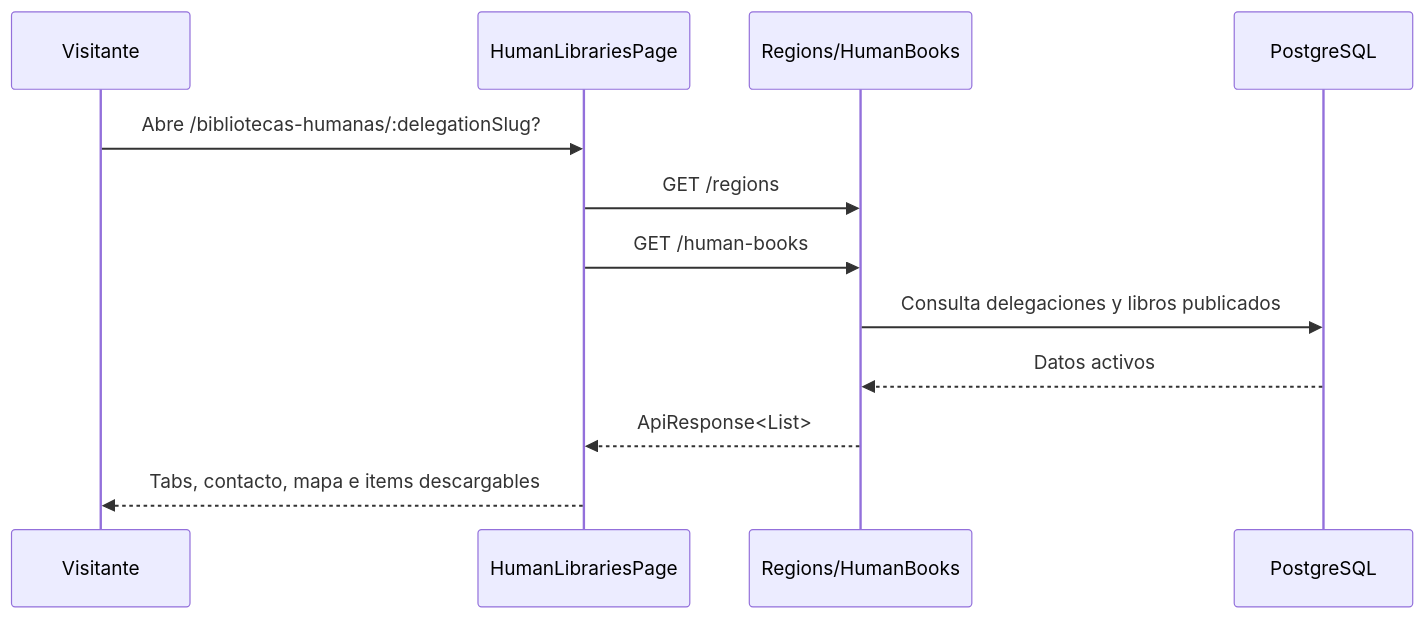
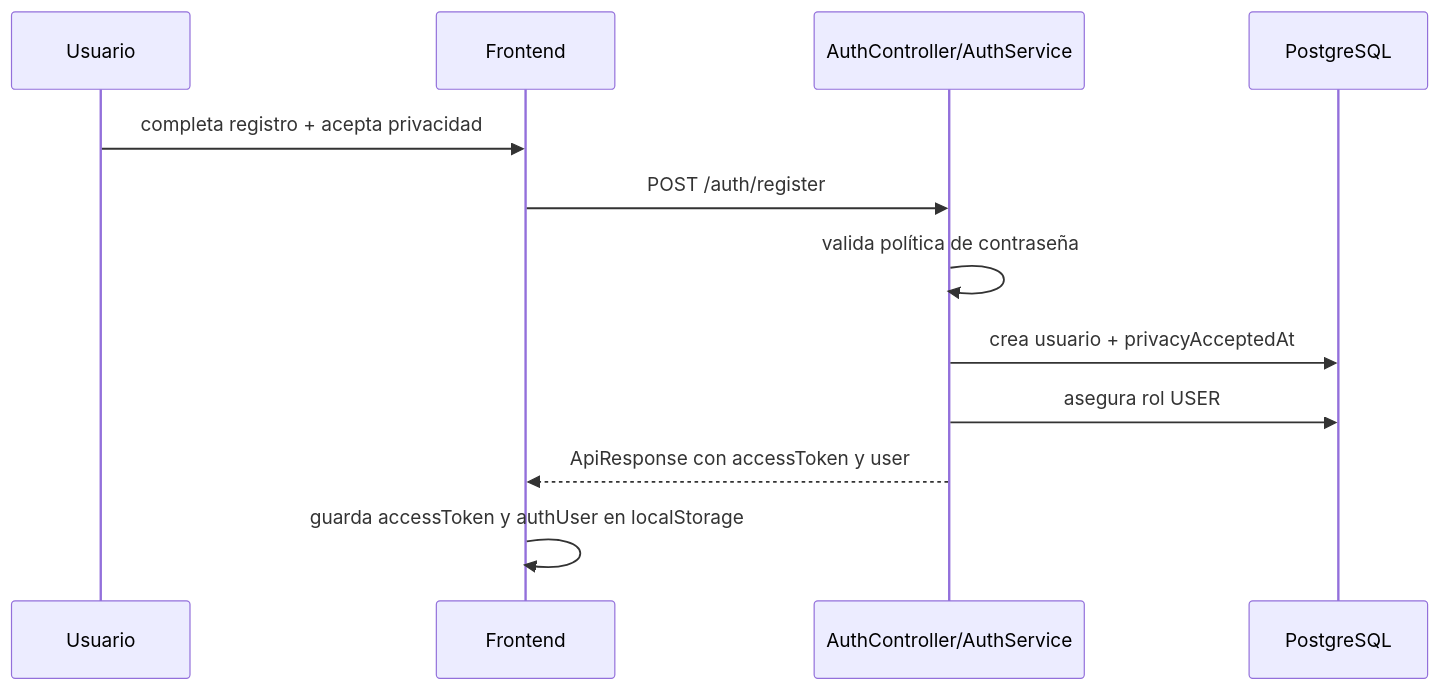
The second of 4 diagrams in docs/02-architecture/02.4-runtime-flows.md (RoockDev/proyecto-proclade), drawn with Mermaid before and after one commit. The commit also changed other lines of this file and 42 other files, not shown here.

````diff
--- a/docs/02-architecture/02.4-runtime-flows.md
+++ b/docs/02-architecture/02.4-runtime-flows.md
@@ -43,15 +26,15 @@
 ```mermaid
 sequenceDiagram
-  participant V as Visitante
-  participant FE as HumanLibrariesPage
-  participant API as Regions/HumanBooks
+  participant U as Usuario
+  participant FE as Frontend
+  participant API as AuthController/AuthService
   participant DB as PostgreSQL
 
-  V->>FE: Abre /bibliotecas-humanas/:delegationSlug?
-  FE->>API: GET /regions
-  FE->>API: GET /human-books
-  API->>DB: Consulta delegaciones y libros publicados
-  DB-->>API: Datos activos
-  API-->>FE: ApiResponse<List>
-  FE-->>V: Tabs, contacto, mapa e items descargables
+  U->>FE: completa registro + acepta privacidad
+  FE->>API: POST /auth/register
+  API->>API: valida política de contraseña
+  API->>DB: crea usuario + privacyAcceptedAt
+  API->>DB: asegura rol USER
+  API-->>FE: ApiResponse con accessToken y user
+  FE->>FE: guarda accessToken y authUser en localStorage
 ```
````
